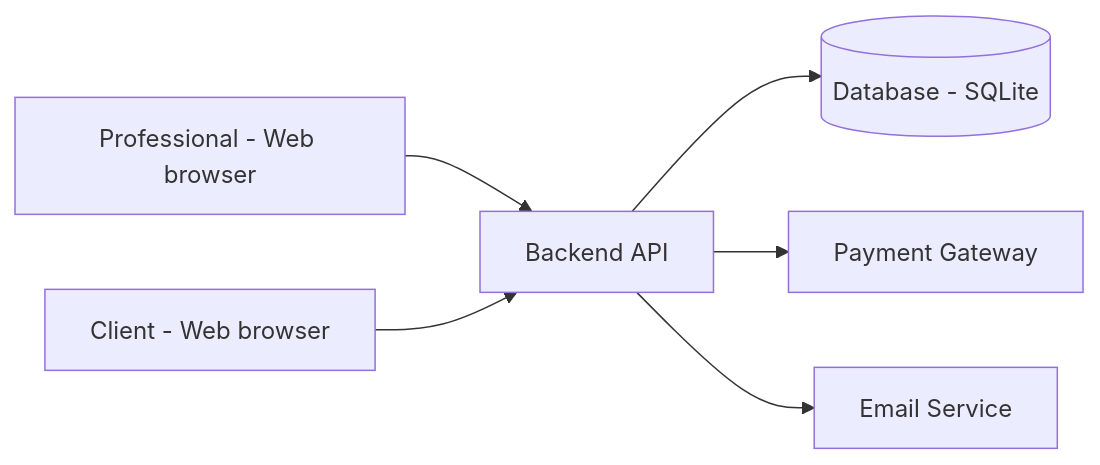
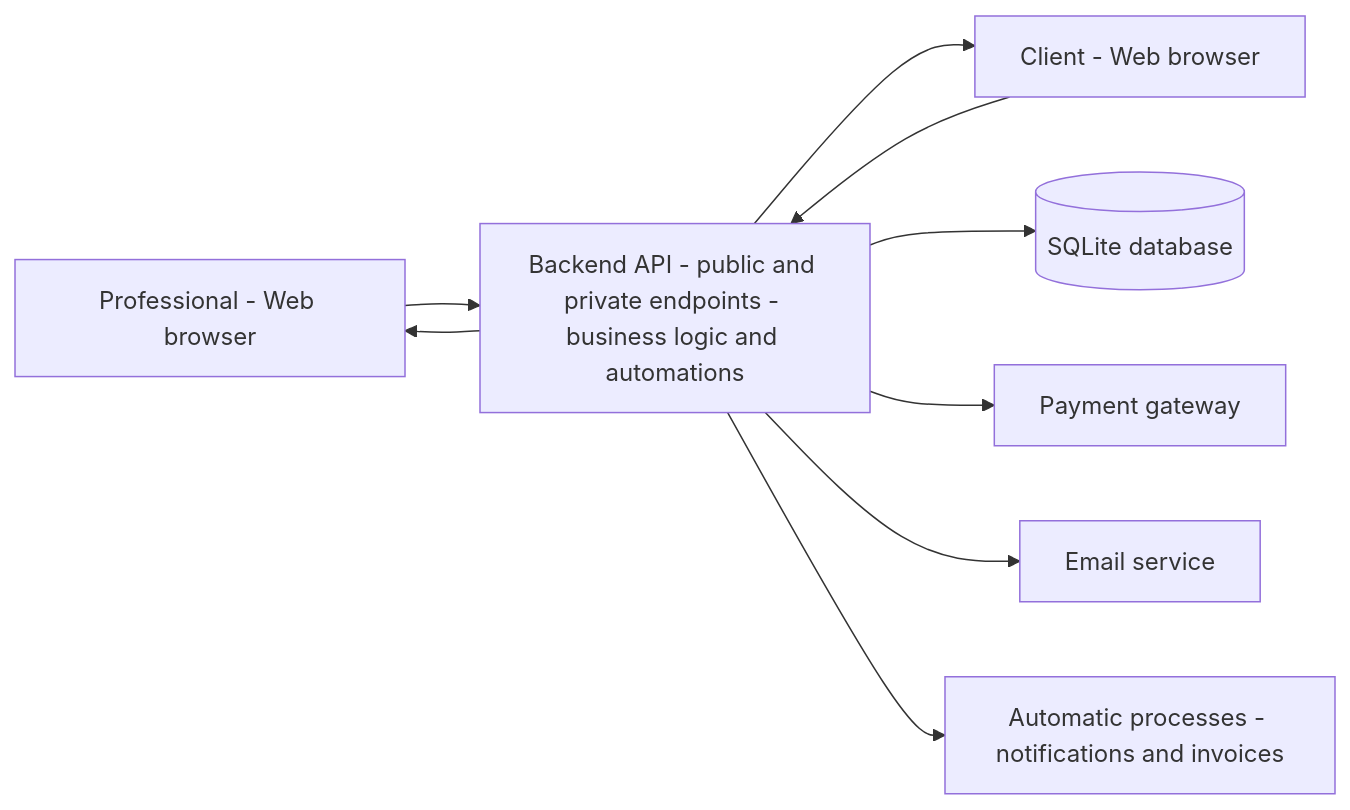
The diagram in entregas/PI_E1/en/architecture.md (nerineaoi/tfg-plataforma-citas-docs), drawn with Mermaid before and after one commit.

Commit message:
Enhance architecture diagram with detailed components
Updated the architecture diagram to include automatic processes and clarify component interactions.

````diff
--- a/entregas/PI_E1/en/architecture.md
+++ b/entregas/PI_E1/en/architecture.md
@@ -73,8 +73,25 @@
 ```mermaid
 flowchart LR
-    P[Professional - Web browser] --> API[Backend API]
-    C[Client - Web browser] --> API
-    API --> DB[(Database - SQLite)]
-    API --> PAY[Payment Gateway]
-    API --> MAIL[Email Service]
+
+    P[Professional - Web browser]
+    C[Client - Web browser]
+
+    API[Backend API - public and private endpoints - business logic and automations]
+
+    DB[(SQLite database)]
+    PAY[Payment gateway]
+    MAIL[Email service]
+    AUTO[Automatic processes - notifications and invoices]
+
+    P --> API
+    C --> API
+
+    API --> P
+    API --> C
+
+    API --> DB
+    API --> PAY
+    API --> MAIL
+    API --> AUTO
+
 ```
````
